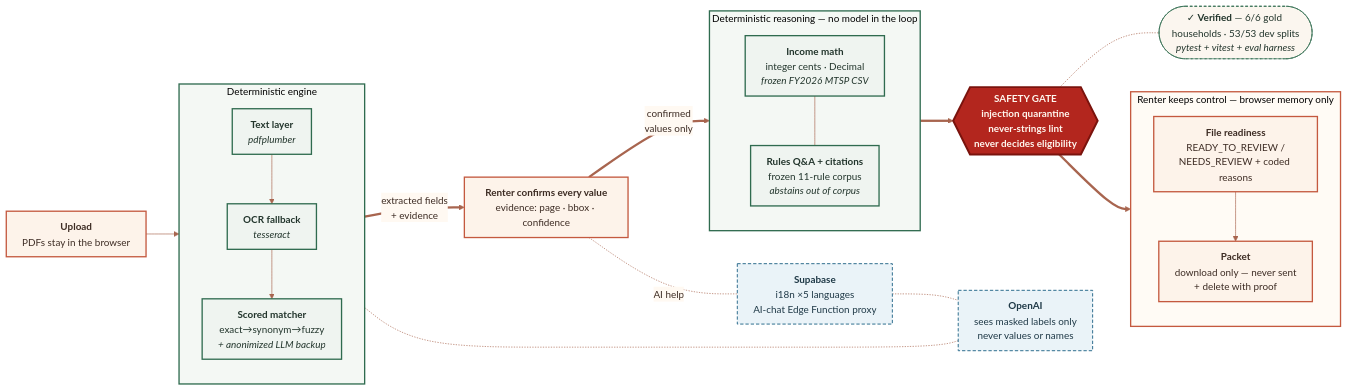
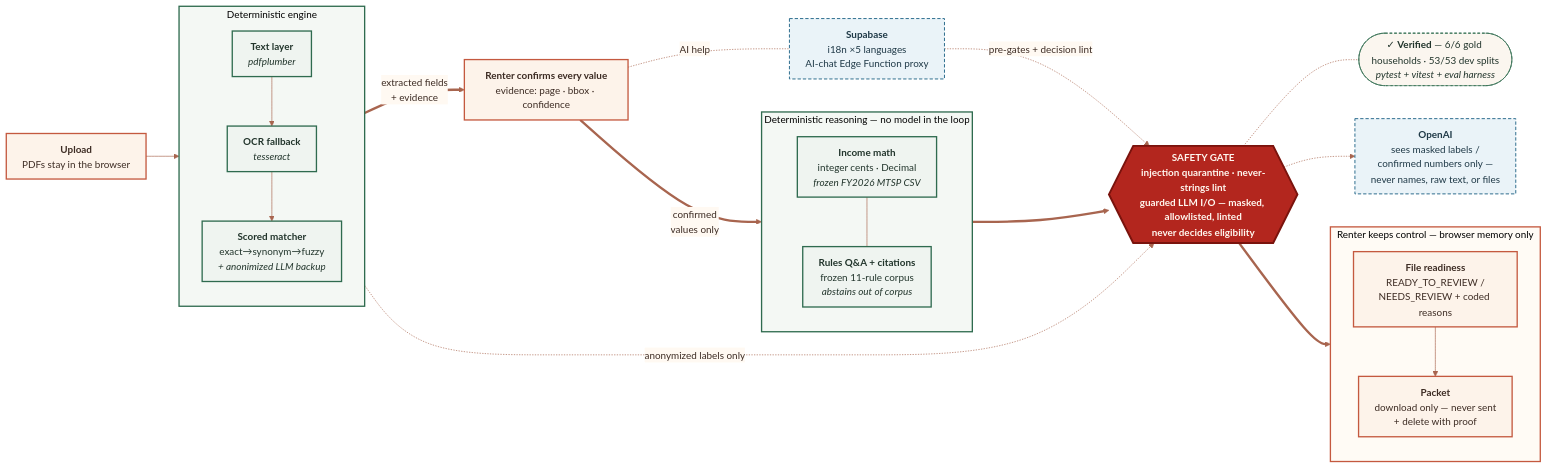
The diagram in README.md (EmaRimoldi/snAI), drawn with Mermaid before and after one commit.

Commit message:
docs: route every LLM call through the safety gate in the README diagram
The extractor's anonymized LLM backup and the Supabase chat proxy now
feed the SAFETY GATE, which is the sole edge into OpenAI — matching the
real controls (masked labels, allowlisting, pre-gates, decision lint).
Gate label names the guarded LLM I/O.

````diff
--- a/README.md
+++ b/README.md
@@ -10,72 +10,73 @@
 ```mermaid
 ---
 config:
   theme: base
   themeVariables:
     fontFamily: ''
     fontSize: 15px
     background: '#FBF6EF'
     primaryColor: '#FFFFFF'
     primaryTextColor: '#3D2C24'
     primaryBorderColor: '#C4593F'
     lineColor: '#A8654F'
     clusterBkg: '#FBF6EF'
     clusterBorder: '#D9C7B8'
     edgeLabelBackground: '#FFF9F2'
   flowchart:
     curve: basis
     padding: 12
 ---
 flowchart LR
  subgraph ENGINE["Deterministic engine"]
     direction TB
         B1["<b>Text layer</b><br><i>pdfplumber</i>"]
         B2["<b>OCR fallback</b><br><i>tesseract</i>"]
         B3["<b>Scored matcher</b><br>exact→synonym→fuzzy<br><i>+ anonimized LLM backup</i>"]
   end
  subgraph MATH["Deterministic reasoning — no model in the loop"]
     direction TB
         D["<b>Income math</b><br>integer cents · Decimal<br><i>frozen FY2026 MTSP CSV</i>"]
         Q["<b>Rules Q&amp;A + citations</b><br>frozen 11-rule corpus<br><i>abstains out of corpus</i>"]
   end
  subgraph CONTROL["Renter keeps control — browser memory only"]
     direction TB
         E["<b>File readiness</b><br>READY_TO_REVIEW /<br>NEEDS_REVIEW + coded reasons"]
         F["<b>Packet</b><br>download only — never sent<br>+ delete with proof"]
   end
     B1 --> B2
     B2 --> B3
     D --- Q
     E --> F
     B3 == extracted fields<br>+ evidence ==> C["<b>Renter confirms every value</b><br>evidence: page · bbox · confidence<br>"]
     C == confirmed<br>values only ==> D
-    Q ==> G{{"<b>SAFETY GATE</b><br>injection quarantine<br>never-strings lint<br>never decides eligibility"}}
+    Q ==> G{{"<b>SAFETY GATE</b><br>injection quarantine · never-strings lint<br>guarded LLM I/O — masked, allowlisted, linted<br>never decides eligibility"}}
     G ==> E
     G -.- V(["✓ <b>Verified</b> — 6/6 gold households · 53/53 dev splits<br><i>pytest + vitest + eval harness</i>"])
-    B3 -.- O["<b>OpenAI</b><br>sees masked labels only<br>never values or names"]
+    B3 -. anonymized labels only .-> G
     C -. AI help .- S["<b>Supabase</b><br>i18n ×5 languages<br>AI-chat Edge Function proxy"]
-    S -.- O
+    S -. pre-gates + decision lint .-> G
+    G -.-> O["<b>OpenAI</b><br>sees masked labels /<br>confirmed numbers only —<br>never names, raw text, or files"]
     A["<b>Upload</b><br>PDFs stay in the browser<br>"] --> ENGINE
 
      B1:::engine
      B2:::engine
      B3:::engine
      D:::engine
      Q:::engine
      E:::browser
      F:::browser
      C:::browser
      G:::safety
      V:::proof
      O:::service
      S:::service
      A:::browser
     classDef browser fill:#FDF3EA,stroke:#C4593F,stroke-width:2px,color:#3D2C24
     classDef engine fill:#EFF4F0,stroke:#2F6B4F,stroke-width:2px,color:#22352C
     classDef safety fill:#B3261E,stroke:#7A130D,stroke-width:3px,color:#FFF7EF,font-weight:bold
     classDef proof fill:#FBF6EF,stroke:#2F6B4F,stroke-width:1px,stroke-dasharray:4 3,color:#22352C
     classDef service fill:#EAF3F8,stroke:#2E6E8E,stroke-width:1.5px,stroke-dasharray:5 3,color:#1F3947
     style ENGINE fill:#F4F8F4,stroke:#2F6B4F,stroke-width:2px
     style MATH fill:#F4F8F4,stroke:#2F6B4F,stroke-width:2px
     style CONTROL fill:#FFFBF5,stroke:#C4593F,stroke-width:2px
 ```
````
